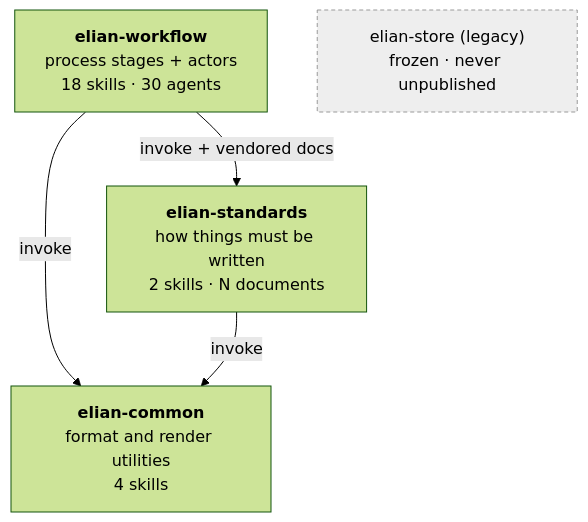
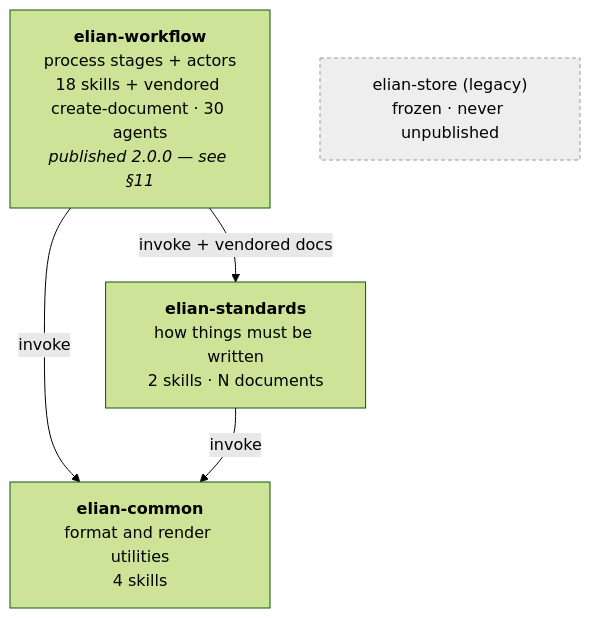
The diagram in docs/plugin-layering-architecture.md (Elian-Studio/elian-claude-plugins), drawn with Mermaid (forest theme) before and after one commit. The commit also changed other lines of this file and 134 other files, not shown here.

First line of the commit message:
feat(elian-workflow): expand to the full development lifecycle (2.0.0) (#45)

````diff
--- a/docs/plugin-layering-architecture.md
+++ b/docs/plugin-layering-architecture.md
@@ -98,15 +100,15 @@
 ```mermaid
 flowchart TD
-    W["<b>elian-workflow</b><br/>process stages + actors<br/>18 skills · 30 agents"]
+    W["<b>elian-workflow</b><br/>process stages + actors<br/>18 skills + vendored create-document · 30 agents<br/><i>published 2.0.0 — see §11</i>"]
     S["<b>elian-standards</b><br/>how things must be written<br/>2 skills · N documents"]
     C["<b>elian-common</b><br/>format and render utilities<br/>4 skills"]
 
     W -->|"invoke + vendored docs"| S
     W -->|"invoke"| C
     S -->|"invoke"| C
 
     L["elian-store (legacy)<br/>frozen · never unpublished"]
 
     classDef legacy fill:#eee,stroke:#999,stroke-dasharray:4 3
     class L legacy
 ```
````
